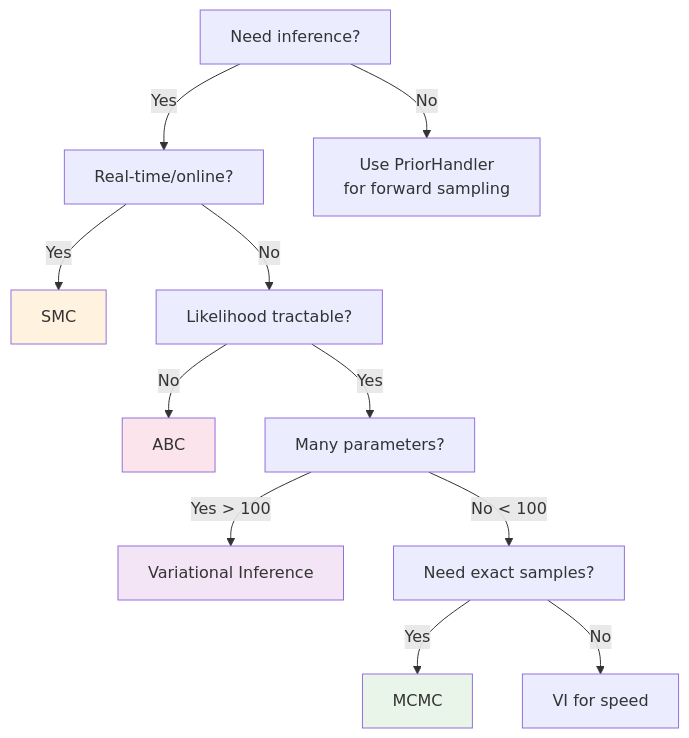
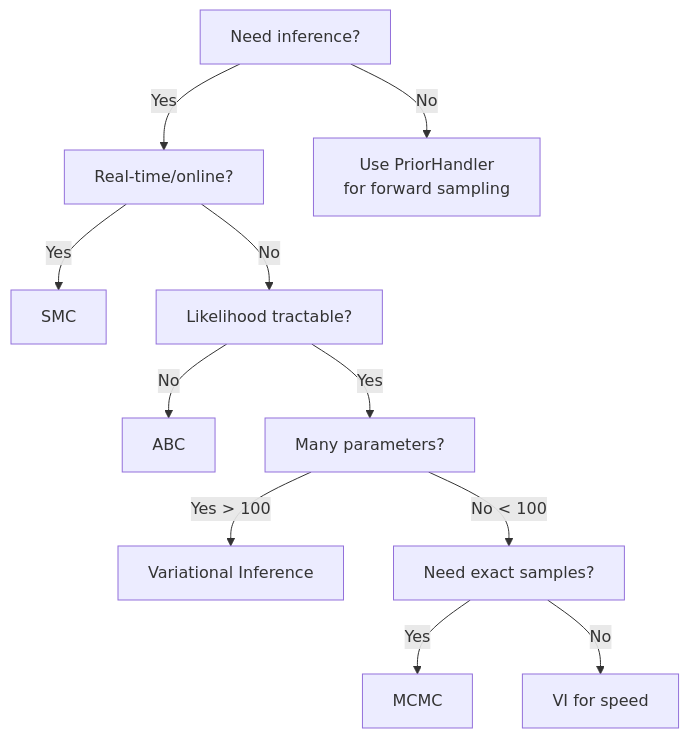
One commit to alexnodeland/fugue changed the second of 2 diagrams in docs/src/getting-started/basic-inference.md. Above: the diagram before and after it, drawn with Mermaid. The commit also changed other lines of this file and 9 other files, not shown here.

````diff
--- a/docs/src/getting-started/basic-inference.md
+++ b/docs/src/getting-started/basic-inference.md
@@ -304,22 +299,17 @@
 ```mermaid
 graph TD
     A[Need inference?] -->|Yes| B[Real-time/online?]
     A -->|No| Z[Use PriorHandler<br/>for forward sampling]
 
     B -->|Yes| SMC[SMC]
     B -->|No| C[Likelihood tractable?]
 
     C -->|No| ABC[ABC]
     C -->|Yes| D[Many parameters?]
 
     D -->|Yes > 100| VI[Variational Inference]
     D -->|No < 100| E[Need exact samples?]
 
     E -->|Yes| MCMC[MCMC]
     E -->|No| VI2[VI for speed]
-
-    style MCMC fill:#e8f5e8
-    style SMC fill:#fff3e0
-    style VI fill:#f3e5f5
-    style ABC fill:#fce4ec
 ```
````
